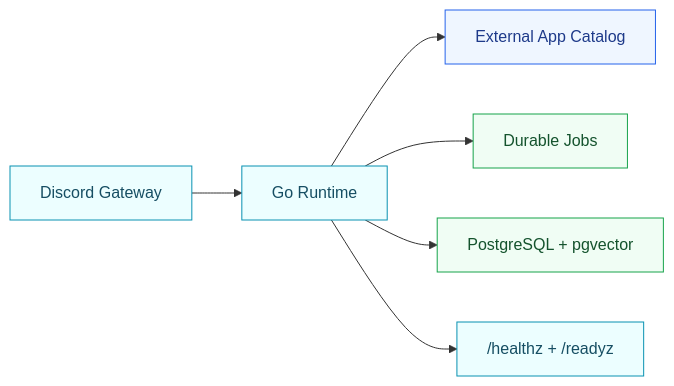
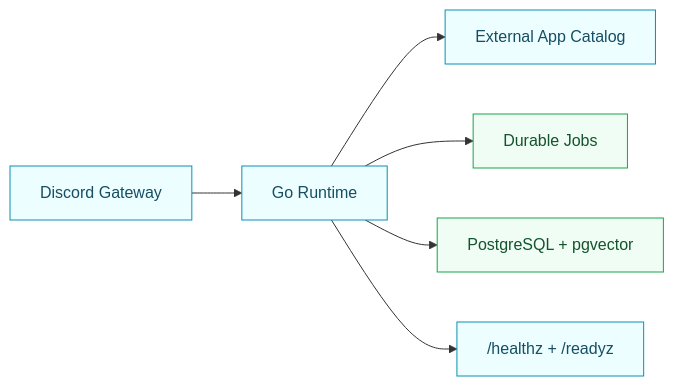
One commit to gOps132/GigiDC changed the diagram in README.md. Above: the diagram before and after it, drawn with Mermaid. The commit also changed other lines of this file and 20 other files, not shown here.

````diff
--- a/README.md
+++ b/README.md
@@ -25,14 +25,12 @@
 ```mermaid
 flowchart LR
     Discord["Discord Gateway"] --> App["Go Runtime"]
     App --> Plugins["External App Catalog"]
     App --> Jobs["Durable Jobs"]
     App --> DB["PostgreSQL + pgvector"]
     App --> Health["/healthz + /readyz"]
-    classDef future fill:#eff6ff,stroke:#2563eb,color:#1e3a8a;
     classDef core fill:#ecfeff,stroke:#0891b2,color:#164e63;
     classDef state fill:#f0fdf4,stroke:#16a34a,color:#14532d;
-    class Plugins future;
-    class Discord,App,Health core;
+    class Discord,App,Health,Plugins core;
     class Jobs,DB state;
 ```
````
